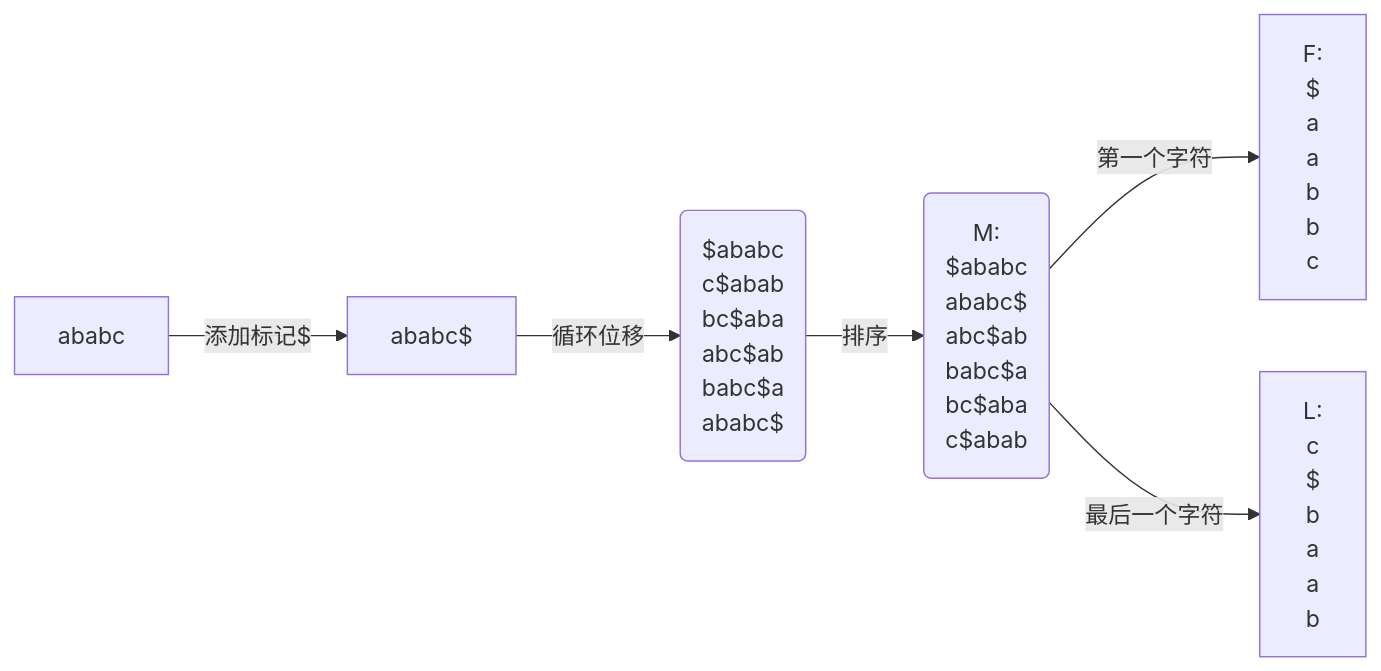
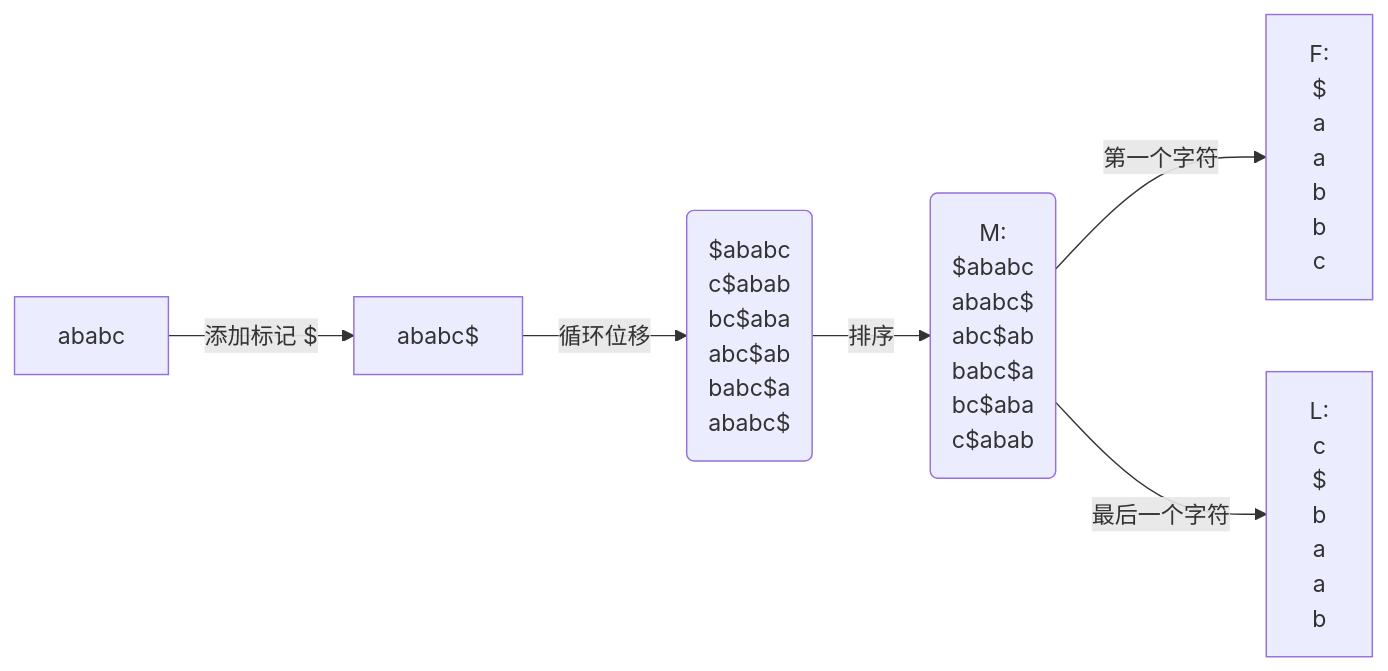
One commit to wjwei-handsome/wjwei-docusaurus changed the first of 3 diagrams in docs/Algorithm/bwt.mdx. Above: the diagram before and after it, drawn with Mermaid. The commit also changed other lines of this file and 13 other files, not shown here.

````diff
--- a/docs/Algorithm/bwt.mdx
+++ b/docs/Algorithm/bwt.mdx
@@ -38,10 +38,10 @@
 ```mermaid
 
 flowchart LR
-    A[ababc] -->|添加标记$| B[ababc$]
-    B -->|循环位移| C($ababc</br>c$abab</br>bc$aba</br>abc$ab</br>babc$a</br>ababc$</br>)
-    C -->|排序| D(M:</br>$ababc</br>ababc$</br>abc$ab</br>babc$a</br>bc$aba</br>c$abab)
-    D -->|第一个字符| E[F:</br>$</br>a</br>a</br>b</br>b</br>c]
-    D -->|最后一个字符| F[L:</br>c</br>$</br>b</br>a</br>a</br>b]
+    A[ababc] -->| 添加标记 $| B[ababc$]
+    B -->| 循环位移 | C($ababc</br>c$abab</br>bc$aba</br>abc$ab</br>babc$a</br>ababc$</br>)
+    C -->| 排序 | D(M:</br>$ababc</br>ababc$</br>abc$ab</br>babc$a</br>bc$aba</br>c$abab)
+    D -->| 第一个字符 | E[F:</br>$</br>a</br>a</br>b</br>b</br>c]
+    D -->| 最后一个字符 | F[L:</br>c</br>$</br>b</br>a</br>a</br>b]
 
 ```
````
